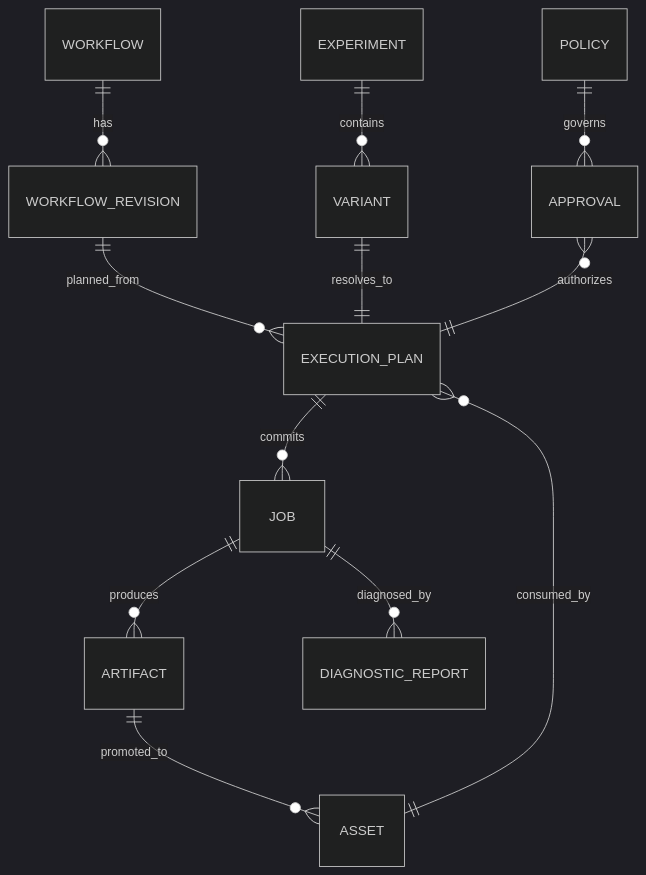
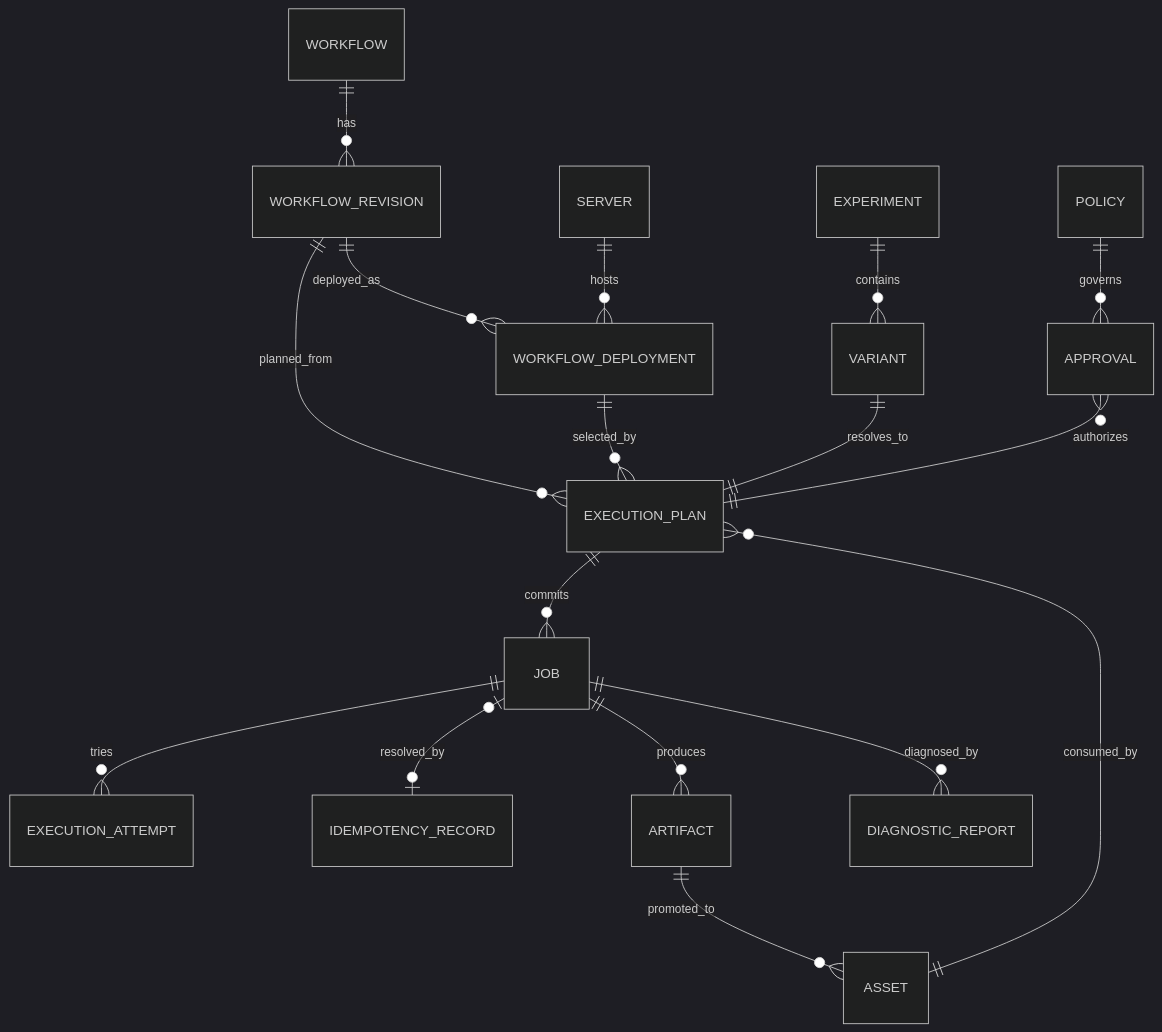
Before and after one commit to ShiroEirin/ComfyUI_MCP_Skills: the third of 3 diagrams in MCP_AGENT_NATIVE_CONTROL_PLANE.zh-CN.md, drawn with Mermaid (dark theme). The commit also changed other lines of this file and 3 other files, not shown here.

````diff
--- a/MCP_AGENT_NATIVE_CONTROL_PLANE.zh-CN.md
+++ b/MCP_AGENT_NATIVE_CONTROL_PLANE.zh-CN.md
@@ -1116,14 +1152,19 @@
 ```mermaid
 erDiagram
     WORKFLOW ||--o{ WORKFLOW_REVISION : has
+    WORKFLOW_REVISION ||--o{ WORKFLOW_DEPLOYMENT : deployed_as
+    SERVER ||--o{ WORKFLOW_DEPLOYMENT : hosts
     WORKFLOW_REVISION ||--o{ EXECUTION_PLAN : planned_from
+    WORKFLOW_DEPLOYMENT ||--o{ EXECUTION_PLAN : selected_by
     EXECUTION_PLAN ||--o{ JOB : commits
+    JOB ||--o{ EXECUTION_ATTEMPT : tries
+    JOB o|--o| IDEMPOTENCY_RECORD : resolved_by
     EXPERIMENT ||--o{ VARIANT : contains
     VARIANT ||--|| EXECUTION_PLAN : resolves_to
     JOB ||--o{ ARTIFACT : produces
     ASSET ||--o{ EXECUTION_PLAN : consumed_by
     ARTIFACT ||--o{ ASSET : promoted_to
     POLICY ||--o{ APPROVAL : governs
     APPROVAL }o--|| EXECUTION_PLAN : authorizes
     JOB ||--o{ DIAGNOSTIC_REPORT : diagnosed_by
 ```
````
